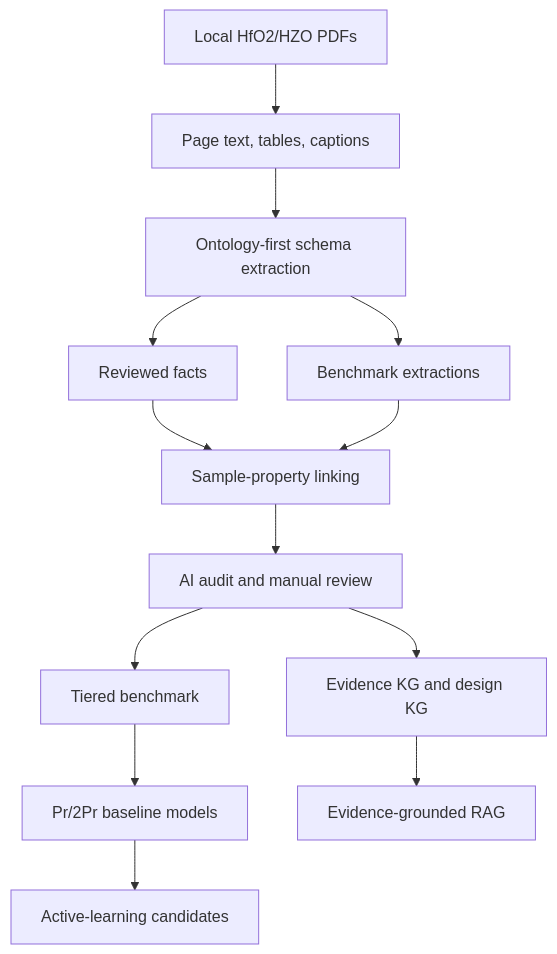
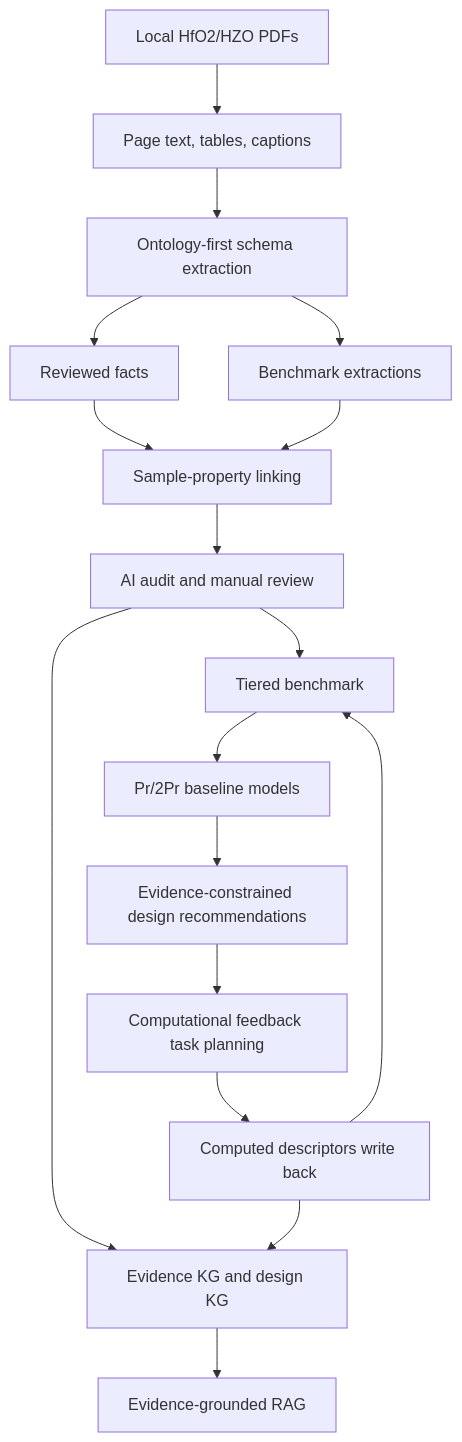
The diagram in docs/paper_prototype.md (2850zjf/hfo2-ferro-kg), drawn with Mermaid before and after one commit. The commit also changed other lines of this file and 13 other files, not shown here.

Commit message:
Add publication workflow and computational feedback deck

````diff
--- a/docs/paper_prototype.md
+++ b/docs/paper_prototype.md
@@ -19,15 +20,19 @@
 ```mermaid
 flowchart TD
     A["Local HfO2/HZO PDFs"] --> B["Page text, tables, captions"]
     B --> C["Ontology-first schema extraction"]
     C --> D["Reviewed facts"]
     C --> E["Benchmark extractions"]
     D --> F["Sample-property linking"]
     E --> F
     F --> G["AI audit and manual review"]
     G --> H["Tiered benchmark"]
     G --> I["Evidence KG and design KG"]
     H --> J["Pr/2Pr baseline models"]
-    J --> K["Active-learning candidates"]
+    J --> K["Evidence-constrained design recommendations"]
+    K --> M["Computational feedback task planning"]
+    M --> N["Computed descriptors write back"]
+    N --> I
+    N --> H
     I --> L["Evidence-grounded RAG"]
 ```
````
